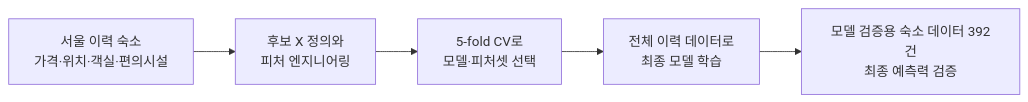
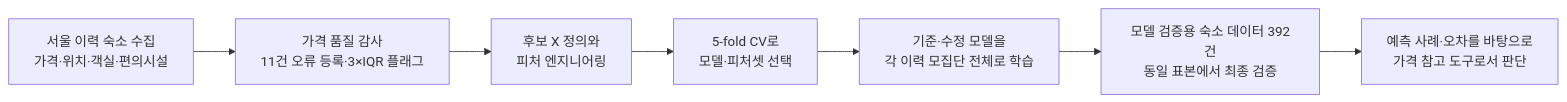
The diagram in price-model-learning-report-ko.md (growwithsteven/airbnb), drawn with Mermaid before and after one commit. The commit also changed other lines of this file and 8 other files, not shown here.

````diff
--- a/price-model-learning-report-ko.md
+++ b/price-model-learning-report-ko.md
@@ -8,7 +7,9 @@
 ```mermaid
 flowchart LR
-    A["서울 이력 숙소\n가격·위치·객실·편의시설"] --> B["후보 X 정의와\n피처 엔지니어링"]
-    B --> C["5-fold CV로\n모델·피처셋 선택"]
-    C --> D["전체 이력 데이터로\n최종 모델 학습"]
-    D --> E["모델 검증용 숙소 데이터 392건\n최종 예측력 검증"]
+    A["서울 이력 숙소 수집\n가격·위치·객실·편의시설"] --> B["가격 품질 감사\n11건 오류 등록·3×IQR 플래그"]
+    B --> C["후보 X 정의와\n피처 엔지니어링"]
+    C --> D["5-fold CV로\n모델·피처셋 선택"]
+    D --> E["기준·수정 모델을\n각 이력 모집단 전체로 학습"]
+    E --> F["모델 검증용 숙소 데이터 392건\n동일 표본에서 최종 검증"]
+    F --> G["예측 사례·오차를 바탕으로\n가격 참고 도구로서 판단"]
 ```
````
